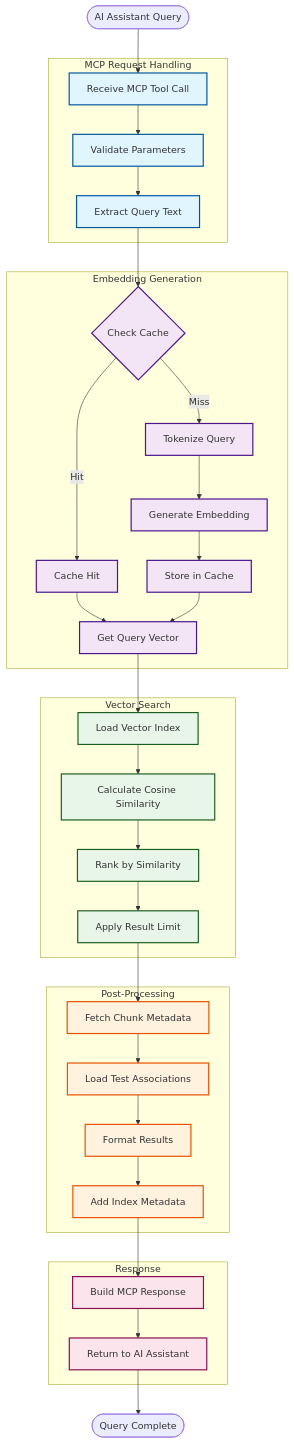
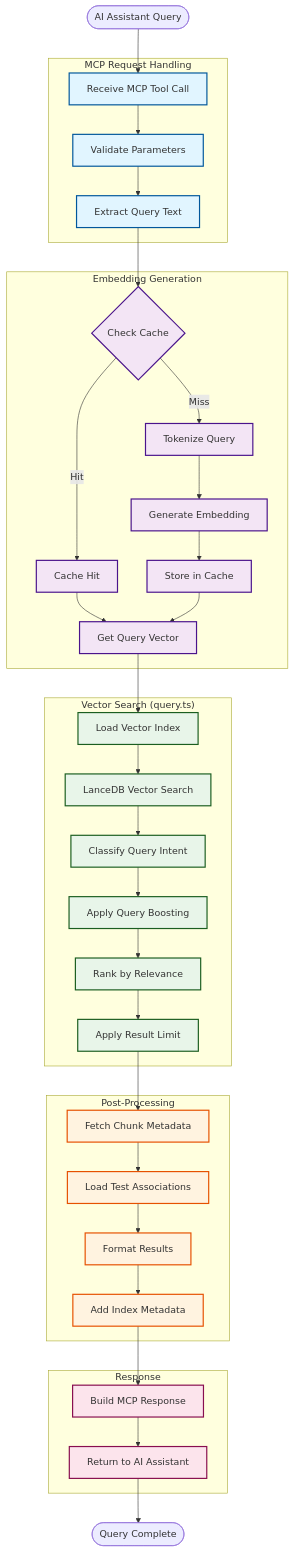
The second of 7 diagrams in docs/architecture/data-flow.md (getlien/lien), drawn with Mermaid before and after one commit. The commit also changed other lines of this file and 6 other files, not shown here.

First line of the commit message:
docs: add ADRs and update architecture documentation

````diff
--- a/docs/architecture/data-flow.md
+++ b/docs/architecture/data-flow.md
@@ -139,10 +141,12 @@
         GET_VECTOR[Get Query Vector]
     end
     
-    subgraph "Vector Search"
+    subgraph "Vector Search (query.ts)"
         LOAD_INDEX[Load Vector Index]
-        CALC_SIMILARITY[Calculate Cosine Similarity]
-        RANK_RESULTS[Rank by Similarity]
+        CALC_SIMILARITY[LanceDB Vector Search]
+        BOOST[Apply Query Boosting]
+        CLASSIFY[Classify Query Intent]
+        RANK_RESULTS[Rank by Relevance]
         APPLY_LIMIT[Apply Result Limit]
     end
     
@@ -175,7 +179,9 @@
     
     GET_VECTOR --> LOAD_INDEX
     LOAD_INDEX --> CALC_SIMILARITY
-    CALC_SIMILARITY --> RANK_RESULTS
+    CALC_SIMILARITY --> CLASSIFY
+    CLASSIFY --> BOOST
+    BOOST --> RANK_RESULTS
     RANK_RESULTS --> APPLY_LIMIT
     
     APPLY_LIMIT --> FETCH_METADATA
@@ -196,7 +202,7 @@
     
     class RECEIVE,VALIDATE,EXTRACT mcpClass
     class CHECK_CACHE,CACHE_HIT,TOKENIZE,GENERATE,STORE_CACHE,GET_VECTOR embedClass
-    class LOAD_INDEX,CALC_SIMILARITY,RANK_RESULTS,APPLY_LIMIT searchClass
+    class LOAD_INDEX,CALC_SIMILARITY,BOOST,CLASSIFY,RANK_RESULTS,APPLY_LIMIT searchClass
     class FETCH_METADATA,LOAD_TEST_ASSOC,FORMAT_RESULTS,ADD_INDEX_INFO processClass
     class BUILD_RESPONSE,RETURN responseClass
 ```
````
